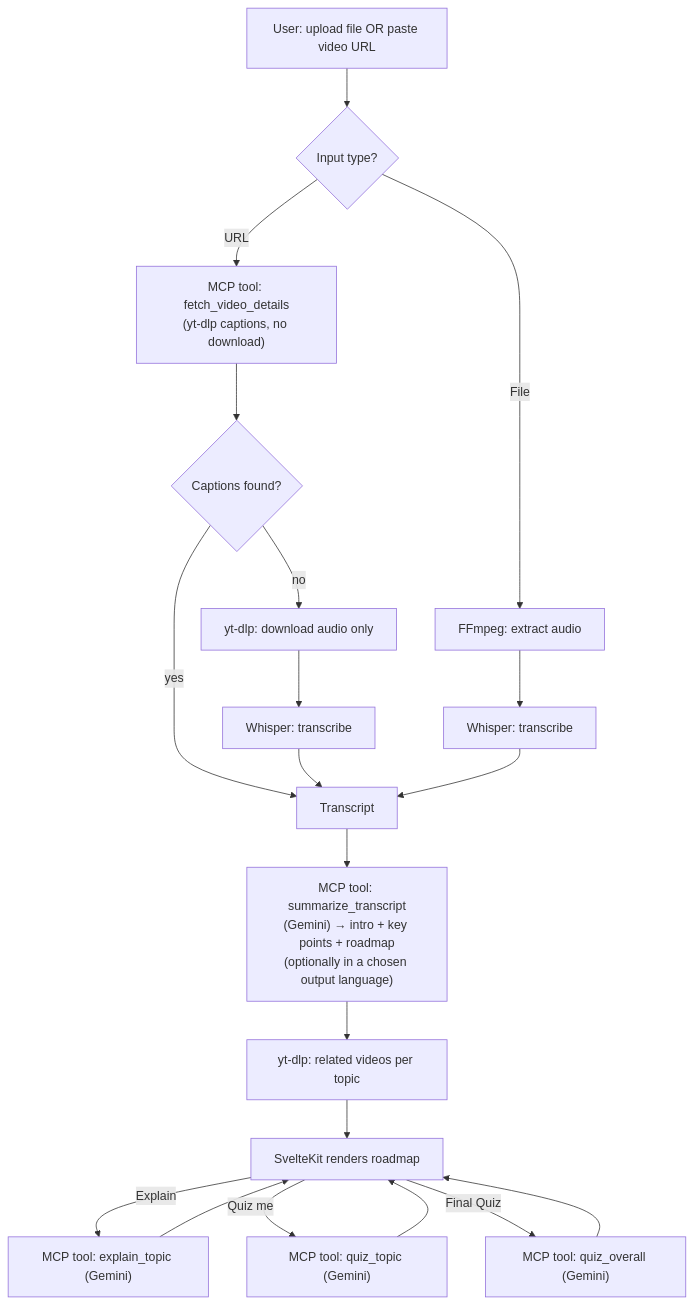
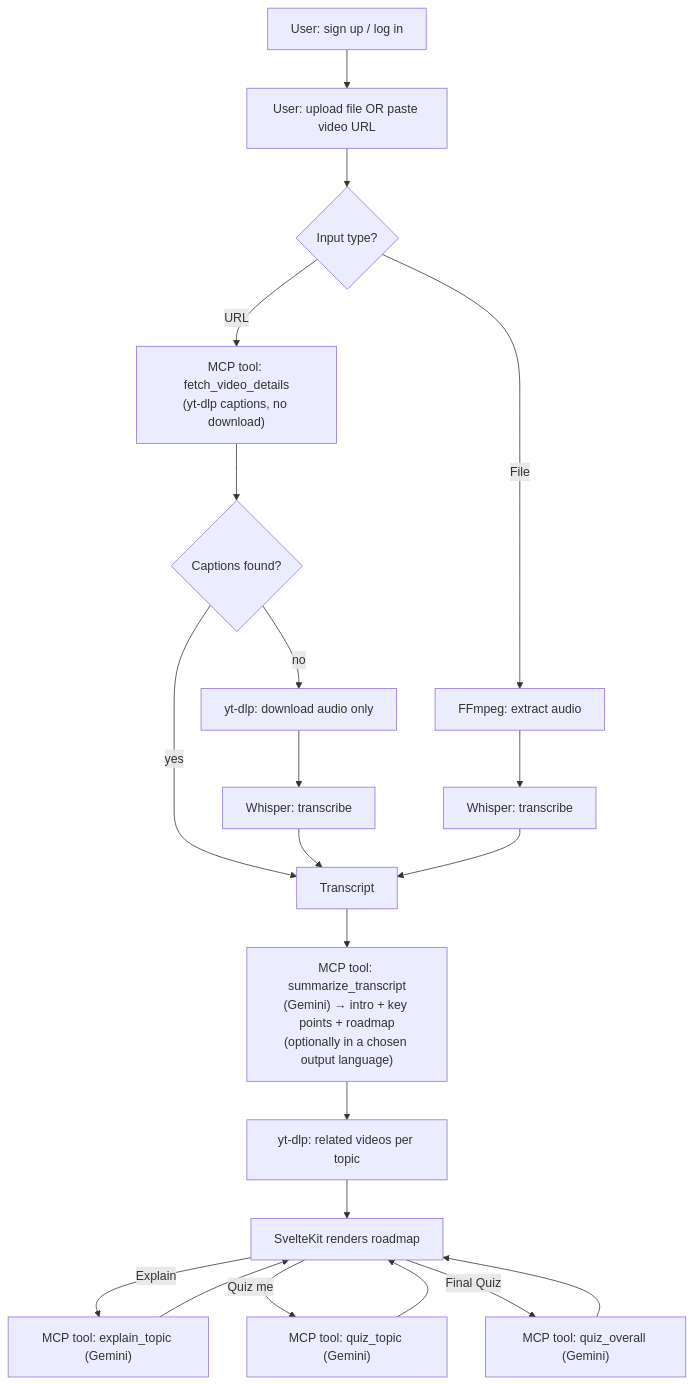
The first of 2 diagrams in README.md (Keerthi292/AI-Video-Knowledge-Extractor), drawn with Mermaid before and after one commit. The commit also changed other lines of this file and 17 other files, not shown here.

````diff
--- a/README.md
+++ b/README.md
@@ -24,19 +24,20 @@
 ```mermaid
 flowchart TD
-    A[User: upload file OR paste video URL] --> B{Input type?}
+    Z[User: sign up / log in] --> A[User: upload file OR paste video URL]
+    A --> B{Input type?}
 
     B -- URL --> C["MCP tool: fetch_video_details<br/>(yt-dlp captions, no download)"]
     C --> D{Captions found?}
     D -- yes --> E[Transcript]
     D -- no --> F[yt-dlp: download audio only] --> G[Whisper: transcribe] --> E
 
     B -- File --> H[FFmpeg: extract audio] --> I[Whisper: transcribe] --> E
 
     E --> J["MCP tool: summarize_transcript<br/>(Gemini) → intro + key points + roadmap<br/>(optionally in a chosen output language)"]
     J --> K[yt-dlp: related videos per topic]
     K --> L[SvelteKit renders roadmap]
 
     L -- "Explain" --> M["MCP tool: explain_topic (Gemini)"] --> L
     L -- "Quiz me" --> N["MCP tool: quiz_topic (Gemini)"] --> L
     L -- "Final Quiz" --> O["MCP tool: quiz_overall (Gemini)"] --> L
 ```
````
